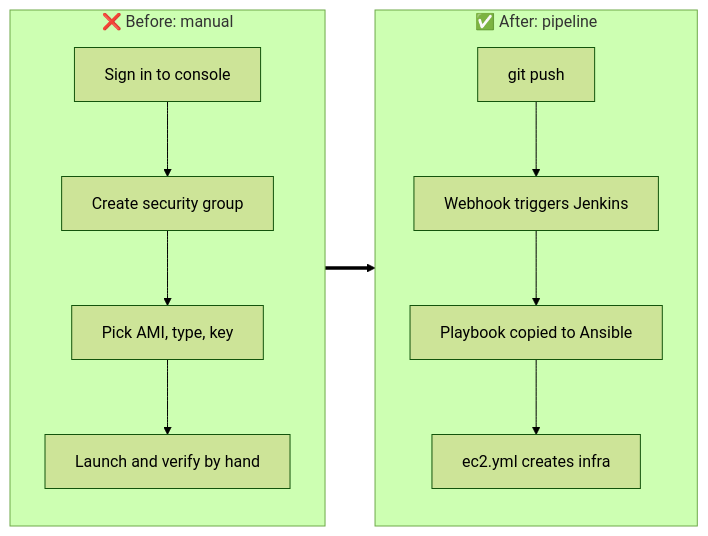
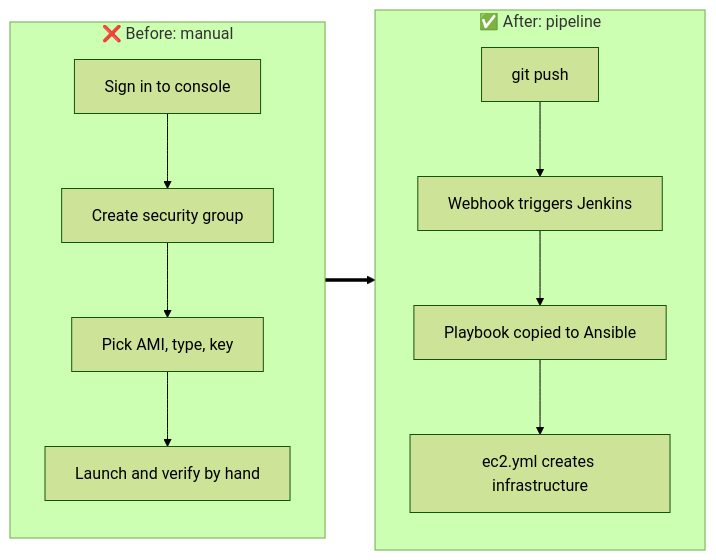
Before and after one commit to PushpenderKumar7505/PushpenderKumar7505: the fourth of 6 diagrams in README.md, drawn with Mermaid (forest theme). The commit also changed other lines of this file, not shown here.

````diff
--- a/README.md
+++ b/README.md
@@ -138,12 +286,12 @@
 ```mermaid
 flowchart LR
     subgraph BEFORE["❌ Before: manual"]
         direction TB
         M1["Sign in to console"] --> M2["Create security group"] --> M3["Pick AMI, type, key"] --> M4["Launch and verify by hand"]
     end
     subgraph AFTER["✅ After: pipeline"]
         direction TB
-        A1["git push"] --> A2["Webhook triggers Jenkins"] --> A3["Playbook copied to Ansible"] --> A4["ec2.yml creates infra"]
+        A1["git push"] --> A2["Webhook triggers Jenkins"] --> A3["Playbook copied to Ansible"] --> A4["ec2.yml creates infrastructure"]
     end
     BEFORE ==> AFTER
 ```
````
